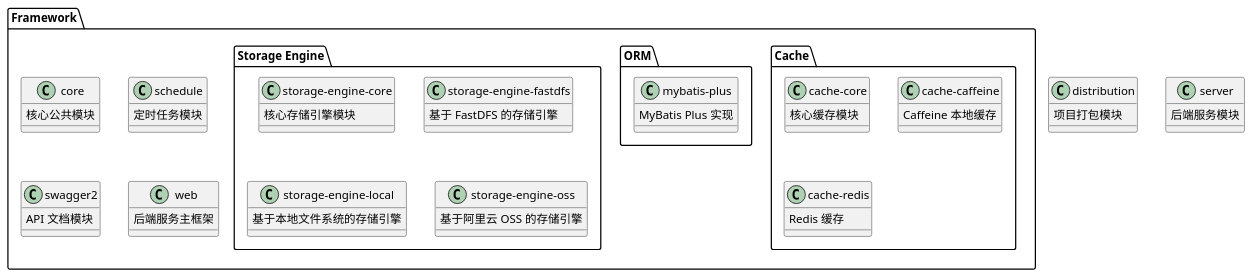
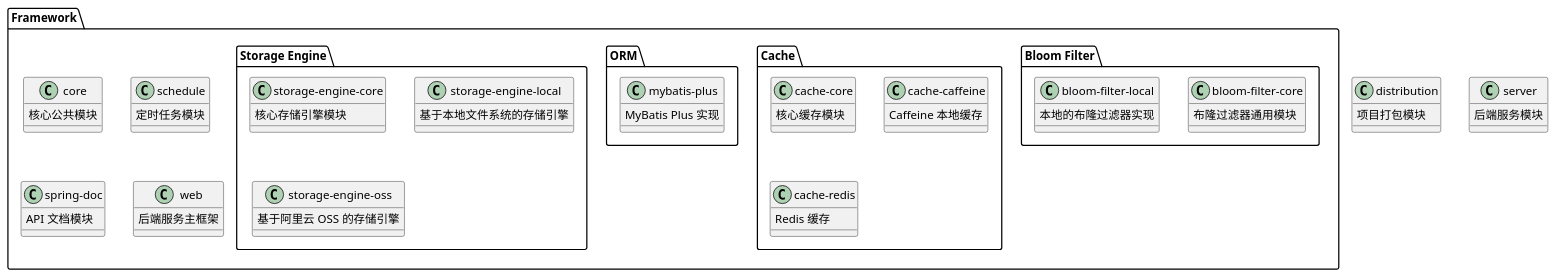
One commit to draveller/r-pan changed the first of 2 diagrams in README.md. Above: the diagram before and after it, drawn with PlantUML. The commit also changed other lines of this file and 32 other files, not shown here.

````diff
--- a/README.md
+++ b/README.md
@@ -37,64 +40,70 @@
 ```uml
 @startuml
 
 package "Framework" {
+    package "Bloom Filter" {
+        class "bloom-filter-core" {
+            布隆过滤器通用模块
+        }
+        class "bloom-filter-local" {
+            本地的布隆过滤器实现
+        }
+    }
+    
     package "Cache" {
         class "cache-core" {
             核心缓存模块
         }
         class "cache-caffeine" {
             Caffeine 本地缓存
         }
         class "cache-redis" {
             Redis 缓存
         }
     }
     
     class "core" {
         核心公共模块
     }
     
     package "ORM" {
         class "mybatis-plus" {
             MyBatis Plus 实现
         }
     }
     
     class "schedule" {
         定时任务模块
     }
     
     package "Storage Engine" {
         class "storage-engine-core" {
             核心存储引擎模块
         }
-        class "storage-engine-fastdfs" {
-            基于 FastDFS 的存储引擎
-        }
         class "storage-engine-local" {
             基于本地文件系统的存储引擎
         }
         class "storage-engine-oss" {
             基于阿里云 OSS 的存储引擎
         }
     }
     
-    class "swagger2" {
+    class "spring-doc" {
         API 文档模块
     }
 
     class "web" {
         后端服务主框架
     }
 }
 
 class "distribution" {
     项目打包模块
 }
 
 class "server" {
     后端服务模块
 }
 
 @enduml
 ```
````
